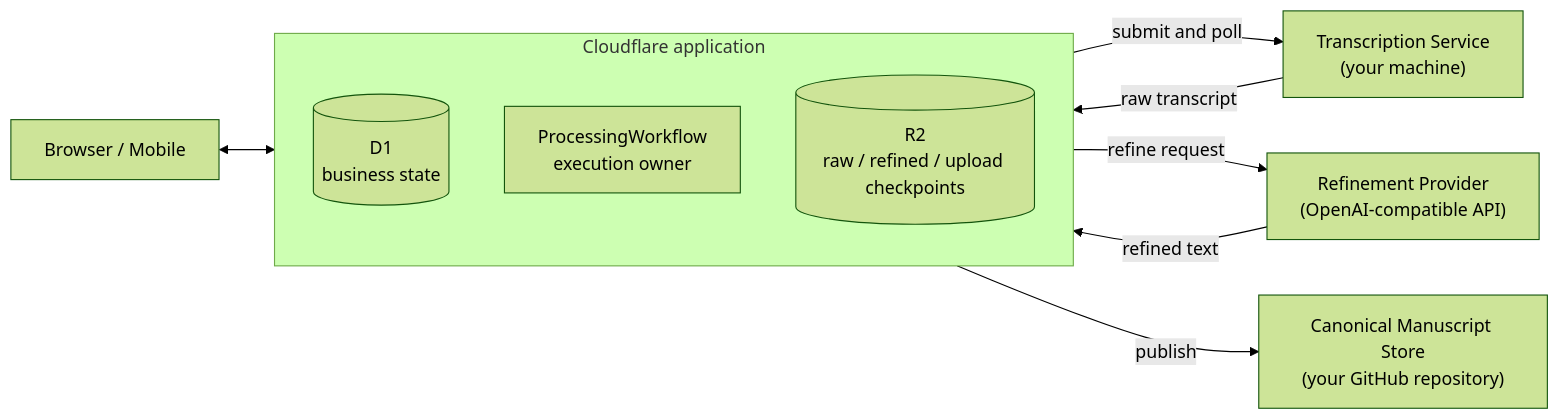
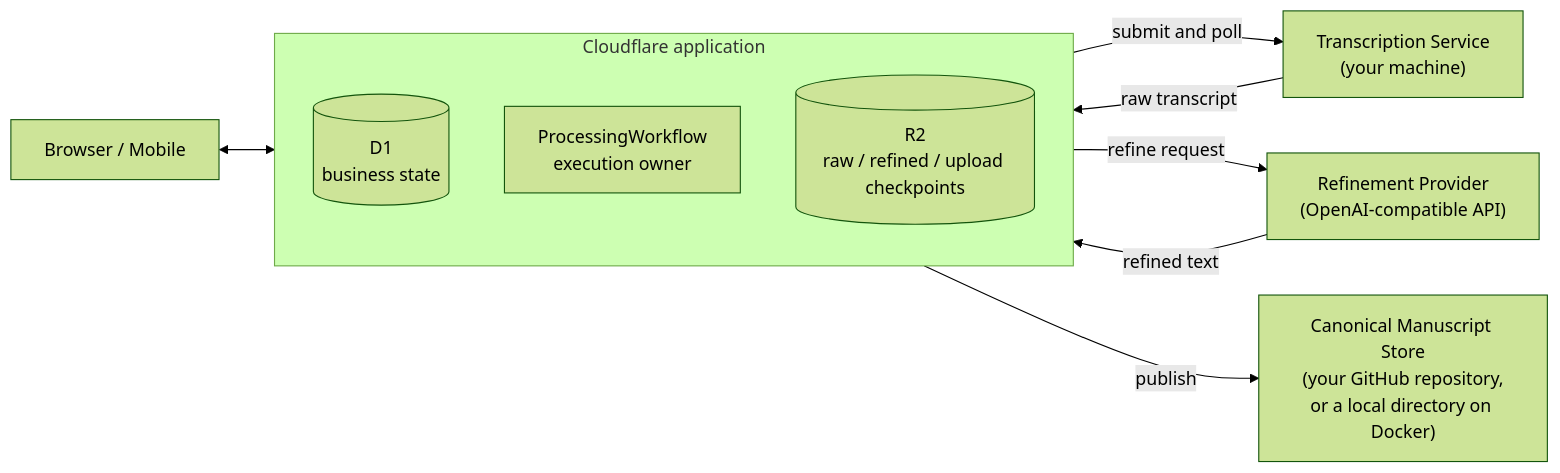
Before and after one commit to xielevi/read-podcast: the diagram in README.md, drawn with Mermaid (forest theme). The commit also changed other lines of this file and 27 other files, not shown here.

First line of the commit message:
feat: 本地目录稿件存储(Docker),与 GitHub(CF)并存 (#54)

````diff
--- a/README.md
+++ b/README.md
@@ -92,15 +95,15 @@
 ```mermaid
 flowchart LR
     Browser["Browser / Mobile"] <--> CF
     subgraph CF["Cloudflare application"]
         direction TB
         D1[("D1<br/>business state")]
         WF["ProcessingWorkflow<br/>execution owner"]
         R2[("R2<br/>raw / refined / upload checkpoints")]
     end
     CF -->|"submit and poll"| TS["Transcription Service<br/>(your machine)"]
     TS -->|"raw transcript"| CF
     CF -->|"refine request"| RP["Refinement Provider<br/>(OpenAI-compatible API)"]
     RP -->|"refined text"| CF
-    CF -->|"publish"| CMS["Canonical Manuscript Store<br/>(your GitHub repository)"]
+    CF -->|"publish"| CMS["Canonical Manuscript Store<br/>(your GitHub repository,<br/>or a local directory on Docker)"]
 ```
````
